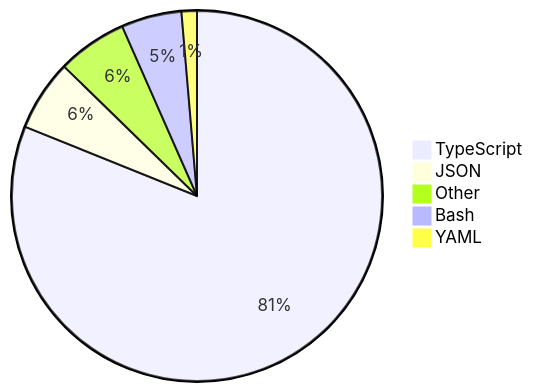
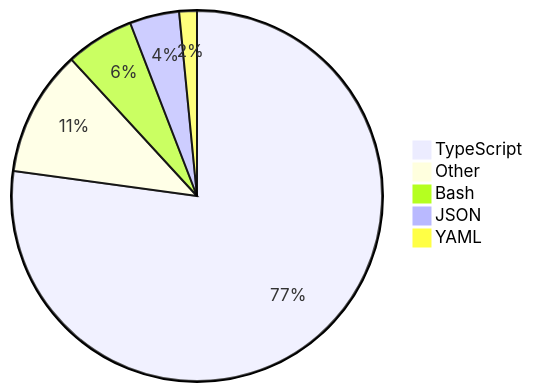
The diagram in README.md (skvggor/skvggor), drawn with Mermaid before and after one commit.

Commit message:
Updated waka-readme graph with new metrics

````diff
--- a/README.md
+++ b/README.md
@@ -16,8 +16,8 @@
 ```mermaid
 pie
-    "TypeScript" : 78.5
-    "JSON" : 6.0
-    "Other" : 5.9
-    "Bash" : 5.1
-    "YAML" : 1.3
+    "TypeScript" : 75.0
+    "Other" : 10.7
+    "Bash" : 5.8
+    "JSON" : 4.2
+    "YAML" : 1.5
 ```
````
